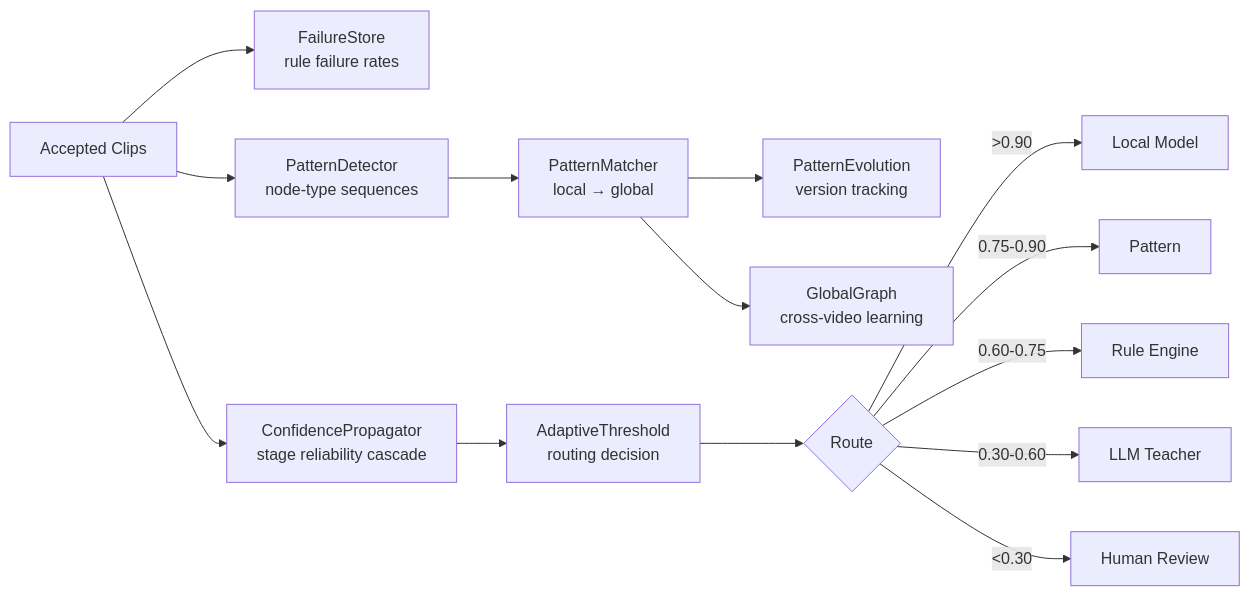
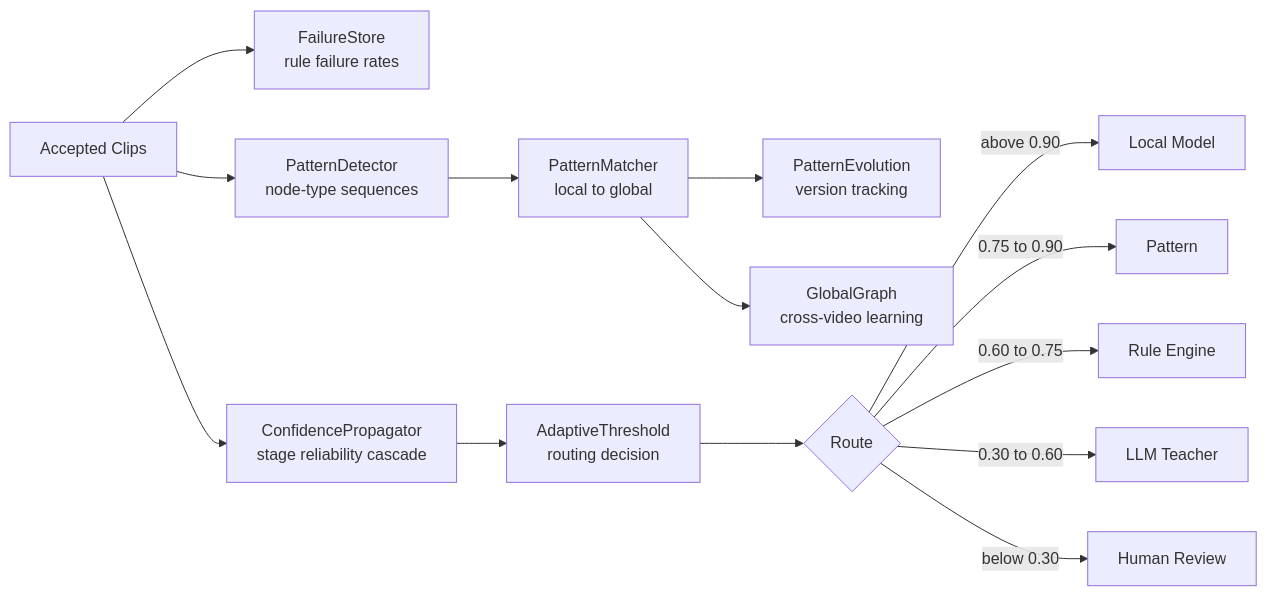
The tenth of 24 diagrams in README.md (samm329-ui/Trimora), drawn with Mermaid before and after one commit. The commit also changed other lines of this file, not shown here.

Commit message:
docs: comprehensive README with Mermaid diagrams for the engine pipeline

````diff
--- a/README.md
+++ b/README.md
@@ -283,16 +310,16 @@
 ```mermaid
 flowchart LR
     ACCEPT[Accepted Clips] --> FS[FailureStore<br/>rule failure rates]
     ACCEPT --> PD[PatternDetector<br/>node-type sequences]
-    PD --> PM[PatternMatcher<br/>local → global]
+    PD --> PM[PatternMatcher<br/>local to global]
     PM --> PE[PatternEvolution<br/>version tracking]
     PM --> GG[GlobalGraph<br/>cross-video learning]
     ACCEPT --> CP[ConfidencePropagator<br/>stage reliability cascade]
     CP --> AT[AdaptiveThreshold<br/>routing decision]
     AT --> ROUTE{Route}
-    ROUTE -->|">0.90"| LOCAL[Local Model]
-    ROUTE -->|"0.75-0.90"| PATT[Pattern]
-    ROUTE -->|"0.60-0.75"| RULE[Rule Engine]
-    ROUTE -->|"0.30-0.60"| LLM[LLM Teacher]
-    ROUTE -->|"<0.30"| HUMAN[Human Review]
+    ROUTE -- "above 0.90" --> LOCAL[Local Model]
+    ROUTE -- "0.75 to 0.90" --> PATT[Pattern]
+    ROUTE -- "0.60 to 0.75" --> RULE[Rule Engine]
+    ROUTE -- "0.30 to 0.60" --> LLM[LLM Teacher]
+    ROUTE -- "below 0.30" --> HUMAN[Human Review]
 ```
````
